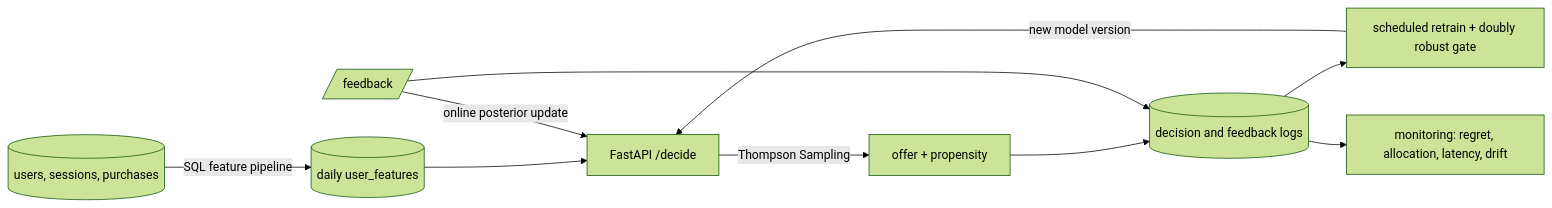
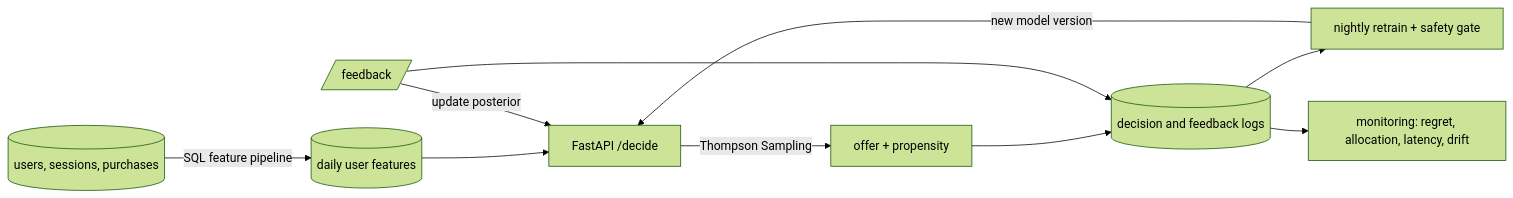
Before and after one commit to Vishai/contextual-bandit-decision-ops: the diagram in README.md, drawn with Mermaid (forest theme). The commit also changed other lines of this file and 1 other file, not shown here.

````diff
--- a/README.md
+++ b/README.md
@@ -42,11 +49,11 @@
 ```mermaid
 flowchart LR
-    RAW[(users, sessions, purchases)] -->|SQL feature pipeline| SNAP[(daily user_features)]
+    RAW[(users, sessions, purchases)] -->|SQL feature pipeline| SNAP[(daily user features)]
     SNAP --> API[FastAPI /decide]
     API -->|Thompson Sampling| OFFER[offer + propensity]
-    FB[/feedback/] -->|online posterior update| API
+    FB[/feedback/] -->|update posterior| API
     OFFER & FB --> LOG[(decision and feedback logs)]
-    LOG --> RETRAIN[scheduled retrain + doubly robust gate]
+    LOG --> RETRAIN[nightly retrain + safety gate]
     RETRAIN -->|new model version| API
     LOG --> MON[monitoring: regret, allocation, latency, drift]
 ```
````
